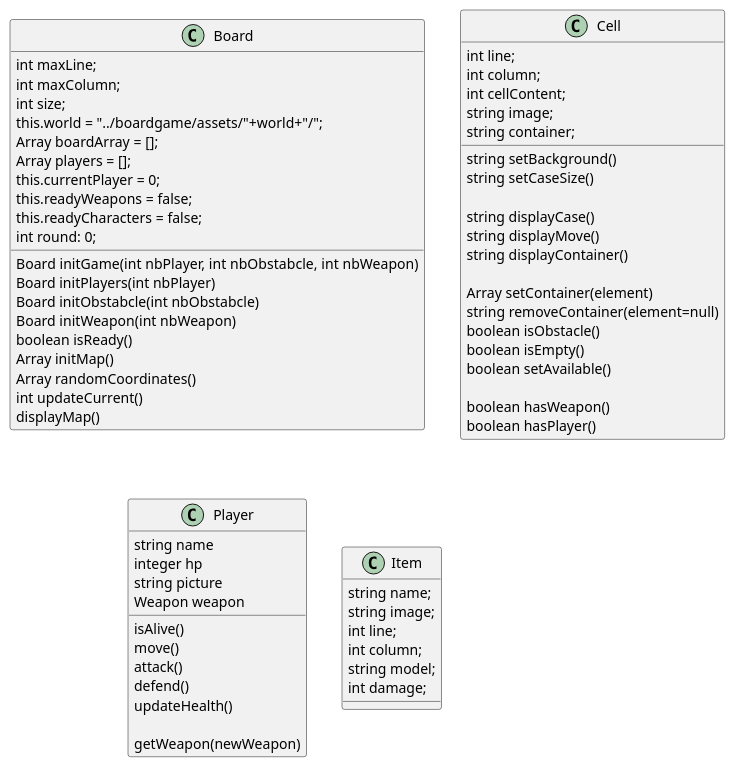
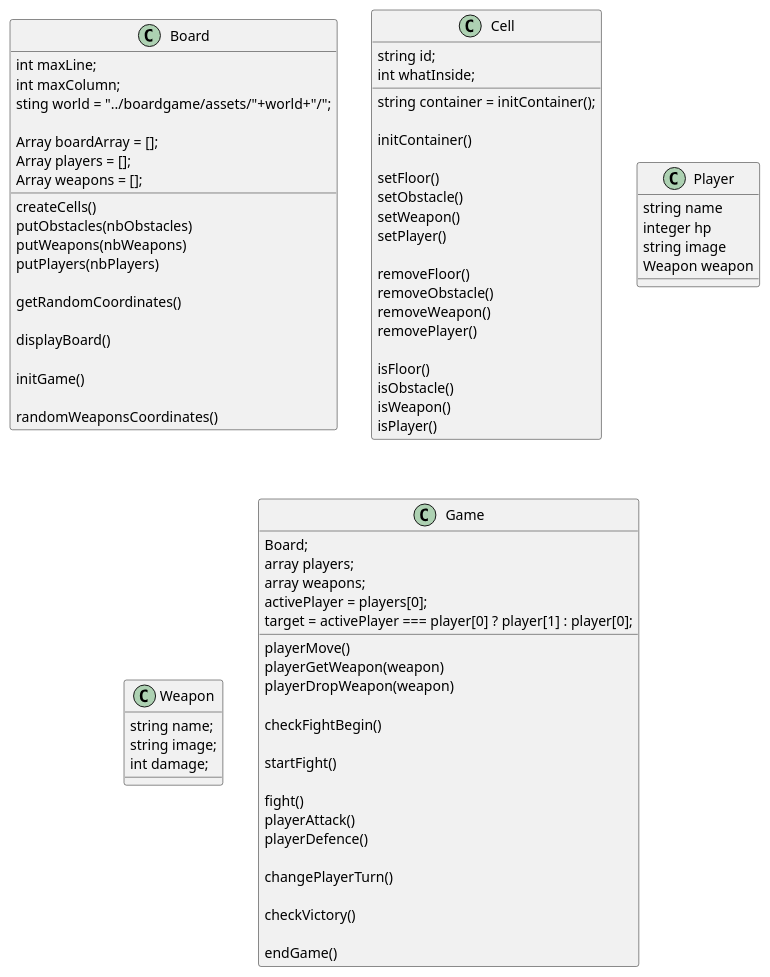
One commit to Jduquenne/BoardGame changed the diagram in brain.puml. Above: the diagram before and after it, drawn with PlantUML. The commit also changed 28 other files, not shown here.

```diff
--- a/brain.puml
+++ b/brain.puml
@@ -1,78 +1,89 @@
 @startuml
 class Board {
     int maxLine;
     int maxColumn;
-    int size;
-    this.world = "../boardgame/assets/"+world+"/";
+    sting world = "../boardgame/assets/"+world+"/";
+
     Array boardArray = [];
     '    [{x: 0,y: 0, player: Player, isCurrent: true},{index: 235,player: Player, isCurrent: false}]
     Array players = [];
-    this.currentPlayer = 0;
-    this.readyWeapons = false;
-    this.readyCharacters = false;
-    int round: 0;
+    Array weapons = [];
 
-    Board initGame(int nbPlayer, int nbObstabcle, int nbWeapon)
-    Board initPlayers(int nbPlayer)
-    Board initObstabcle(int nbObstabcle)
-    Board initWeapon(int nbWeapon)
-    boolean isReady()
-    Array initMap()
-    Array randomCoordinates()
-    int updateCurrent()
-    displayMap()
+    createCells()
+    putObstacles(nbObstacles)
+    putWeapons(nbWeapons)
+    putPlayers(nbPlayers)
 
+    getRandomCoordinates()
 
+    displayBoard()
+
+    initGame()
+
+    randomWeaponsCoordinates()
 }
 
 class Cell {
-    int line;
-    int column;
-    int cellContent;
-    string image;
-    string container;
+    string id;
+    int whatInside;
+    string container = initContainer();
 
+    initContainer()
 
-    string setBackground()
-    string setCaseSize()
+    setFloor()
+    setObstacle()
+    setWeapon()
+    setPlayer()
 
-    string displayCase()
-    string displayMove()
-    string displayContainer()
+    removeFloor()
+    removeObstacle()
+    removeWeapon()
+    removePlayer()
 
-    Array setContainer(element)
-    string removeContainer(element=null)
-    boolean isObstacle()
-    boolean isEmpty()
-    boolean setAvailable()
-
-    boolean hasWeapon()
-    boolean hasPlayer()
+    isFloor()
+    isObstacle()
+    isWeapon()
+    isPlayer()
 
 }
 
 class Player {
    string name
    integer hp
-   string picture
+   string image
    Weapon weapon
-
-   isAlive()
-   move()
-   attack()
-   defend()
-   updateHealth()
-
-   getWeapon(newWeapon)
 }
 
-class Item {
+class Weapon {
     string name;
     string image;
-    int line;
-    int column;
-    string model;
     int damage;
 }
 
+class Game {
+    Board;
+    array players;
+    array weapons;
+    activePlayer = players[0];
+    target = activePlayer === player[0] ? player[1] : player[0];
+
+    playerMove()
+    playerGetWeapon(weapon)
+    playerDropWeapon(weapon)
+
+    checkFightBegin()
+
+    startFight()
+
+    fight()
+    playerAttack()
+    playerDefence()
+
+    changePlayerTurn()
+
+    checkVictory()
+
+    endGame()
+}
+
 @enduml
```
